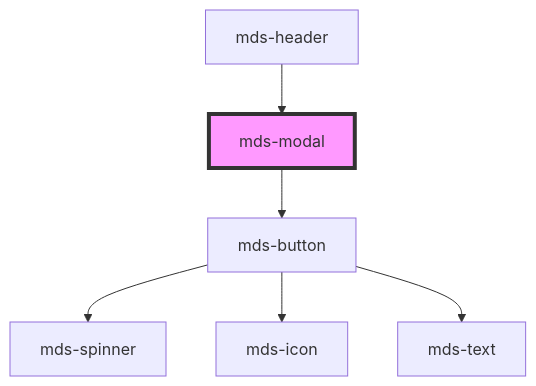
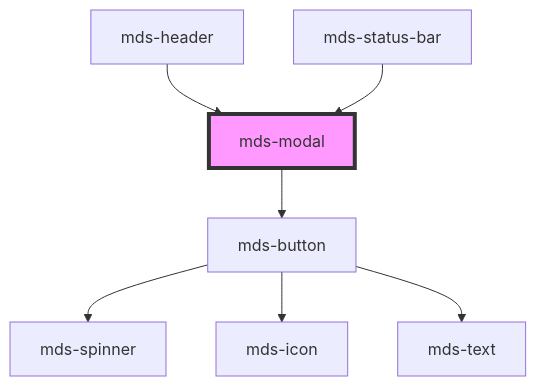
Before and after one commit to magma-design-system/magma: the diagram in projects/stencil/src/components/mds-modal/readme.md, drawn with Mermaid. The commit also changed other lines of this file and 4 other files, not shown here.

````diff
--- a/projects/stencil/src/components/mds-modal/readme.md
+++ b/projects/stencil/src/components/mds-modal/readme.md
@@ -91,9 +93,10 @@
 ```mermaid
 graph TD;
   mds-modal --> mds-button
   mds-button --> mds-spinner
   mds-button --> mds-icon
   mds-button --> mds-text
   mds-header --> mds-modal
+  mds-status-bar --> mds-modal
   style mds-modal fill:#f9f,stroke:#333,stroke-width:4px
 ```
````
